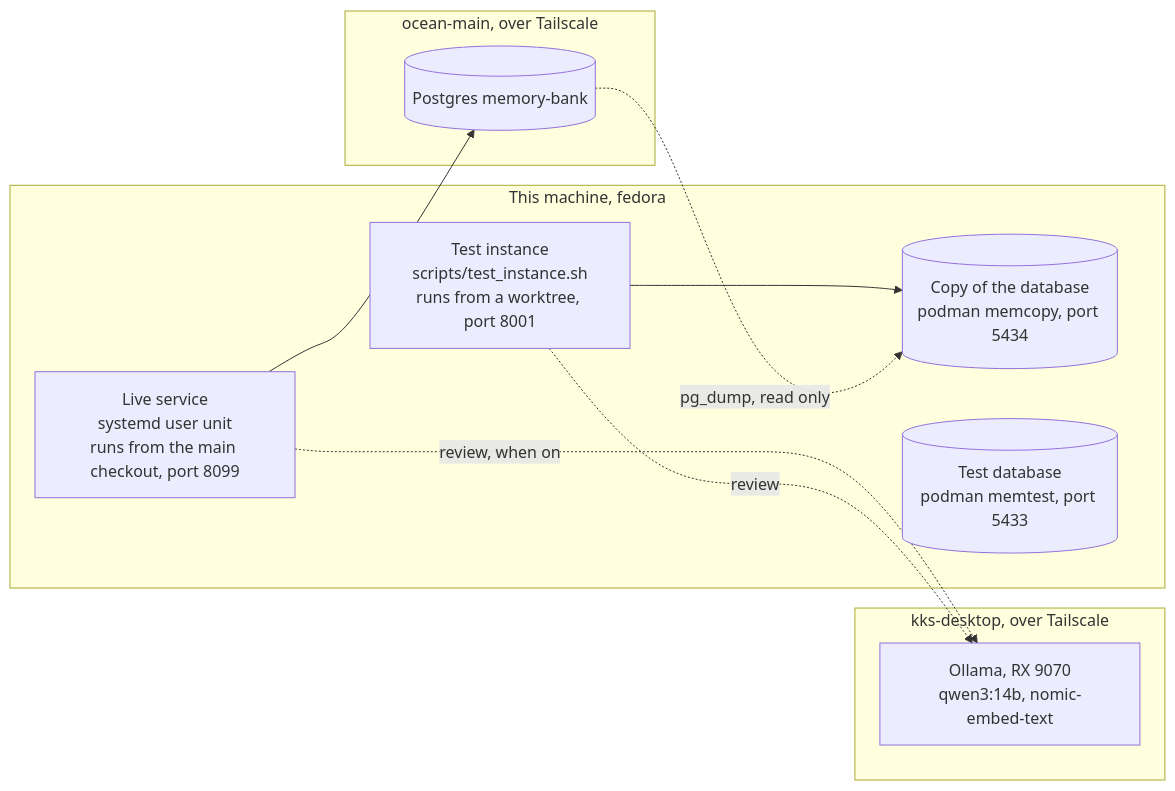
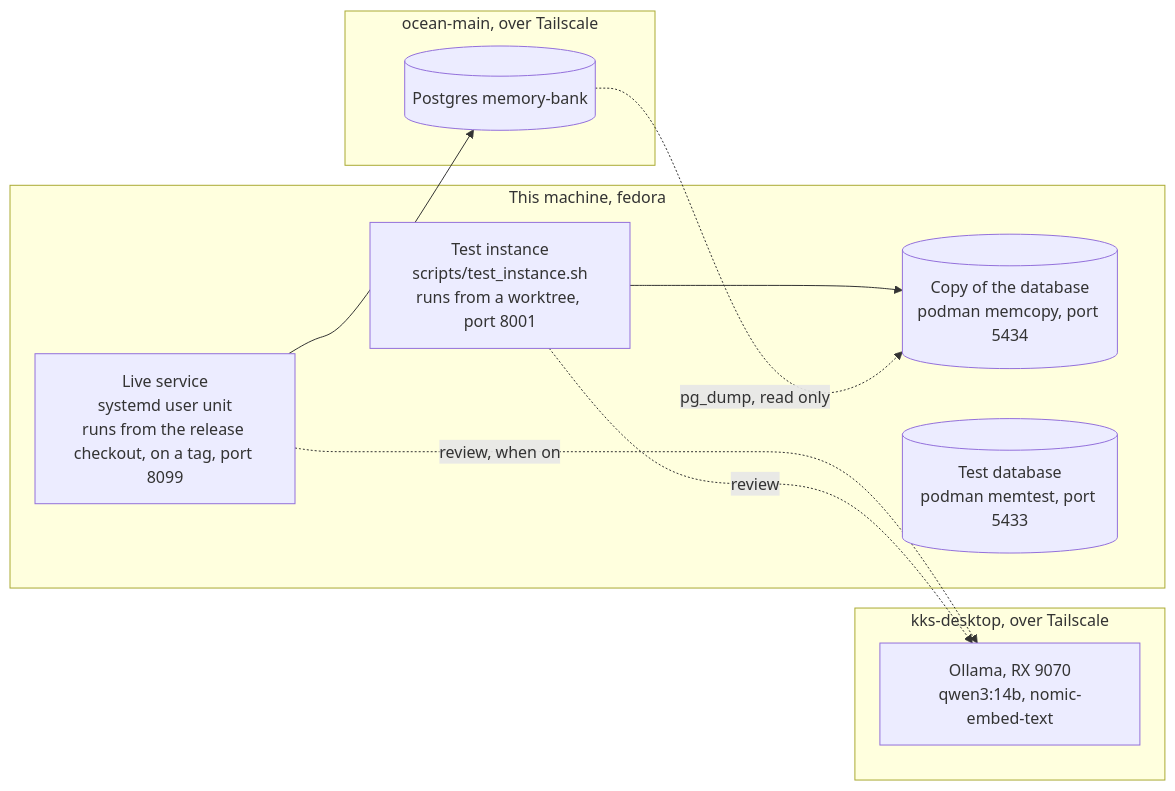
One commit to kdop/agent-memory changed the eighth of 8 diagrams in ARCHITECTURE.md. Above: the diagram before and after it, drawn with Mermaid. The commit also changed other lines of this file and 4 other files, not shown here.

First line of the commit message:
Run the live service from a release checkout, with scripts/deploy.sh

````diff
--- a/ARCHITECTURE.md
+++ b/ARCHITECTURE.md
@@ -224,20 +224,20 @@
 ```mermaid
 flowchart LR
     subgraph vm [This machine, fedora]
-        SVC[Live service<br/>systemd user unit<br/>runs from the main checkout, port 8099]
+        SVC[Live service<br/>systemd user unit<br/>runs from the release checkout, on a tag, port 8099]
         TEST[Test instance<br/>scripts/test_instance.sh<br/>runs from a worktree, port 8001]
         COPY[(Copy of the database<br/>podman memcopy, port 5434)]
         MT[(Test database<br/>podman memtest, port 5433)]
     end
     subgraph db [ocean-main, over Tailscale]
         PG[(Postgres memory-bank)]
     end
     subgraph gpu [kks-desktop, over Tailscale]
         OLL[Ollama, RX 9070<br/>qwen3:14b, nomic-embed-text]
     end
     SVC --> PG
     TEST --> COPY
     SVC -. review, when on .-> OLL
     TEST -. review .-> OLL
     PG -. pg_dump, read only .-> COPY
 ```
````
